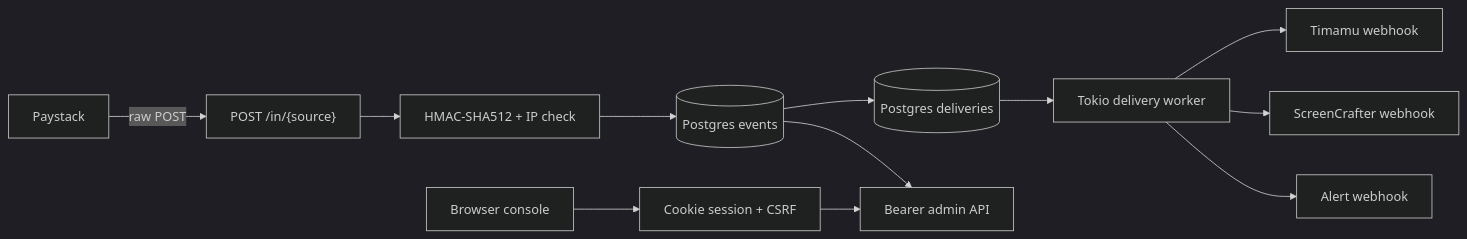
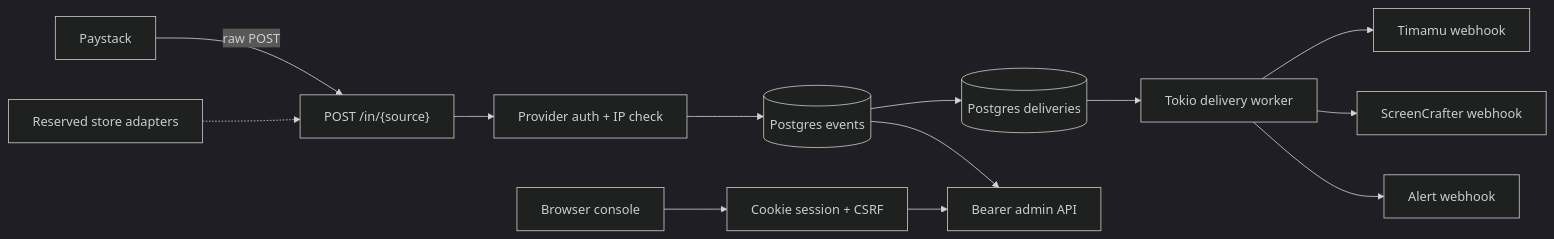
One commit to vant-labs/paystack-fanout changed the diagram in README.md. Above: the diagram before and after it, drawn with Mermaid (dark theme). The commit also changed other lines of this file and 13 other files, not shown here.

First line of the commit message:
feat: add provider boundary for store notifications (#7)

````diff
--- a/README.md
+++ b/README.md
@@ -13,14 +13,15 @@
 ```mermaid
 flowchart LR
     P[Paystack] -->|raw POST| I["POST /in/{source}"]
-    I --> V[HMAC-SHA512 + IP check]
+    AS[Reserved store adapters] -.-> I
+    I --> V[Provider auth + IP check]
     V --> D[(Postgres events)]
     D --> Q[(Postgres deliveries)]
     Q --> W[Tokio delivery worker]
     W --> T[Timamu webhook]
     W --> S[ScreenCrafter webhook]
     W --> A[Alert webhook]
     D --> AD[Bearer admin API]
     B[Browser console] --> H[Cookie session + CSRF]
     H --> AD
 ```
````
